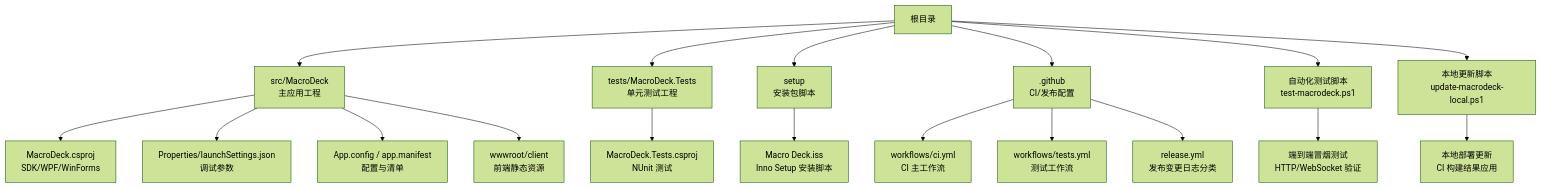
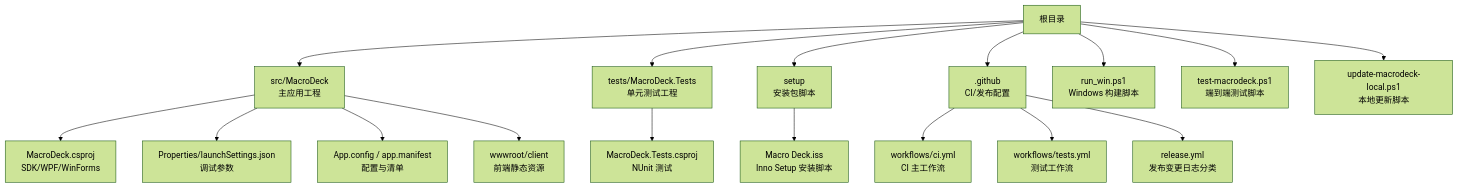
One commit to tea4go/Macro-Deck changed the first of 7 diagrams in .qoder/repowiki/zh/content/开发者指南/构建和部署.md. Above: the diagram before and after it, drawn with Mermaid (forest theme). The commit also changed other lines of this file and 42 other files, not shown here.

````diff
--- a/.qoder/repowiki/zh/content/开发者指南/构建和部署.md
+++ b/.qoder/repowiki/zh/content/开发者指南/构建和部署.md
@@ -59,20 +58,19 @@
 ```mermaid
 graph TB
 A["根目录"] --> B["src/MacroDeck<br/>主应用工程"]
 A --> C["tests/MacroDeck.Tests<br/>单元测试工程"]
 A --> D["setup<br/>安装包脚本"]
 A --> E[".github<br/>CI/发布配置"]
-A --> F["自动化测试脚本<br/>test-macrodeck.ps1"]
-A --> G["本地更新脚本<br/>update-macrodeck-local.ps1"]
+A --> F["run_win.ps1<br/>Windows 构建脚本"]
+A --> G["test-macrodeck.ps1<br/>端到端测试脚本"]
+A --> H["update-macrodeck-local.ps1<br/>本地更新脚本"]
 B --> B1["MacroDeck.csproj<br/>SDK/WPF/WinForms"]
 B --> B2["Properties/launchSettings.json<br/>调试参数"]
 B --> B3["App.config / app.manifest<br/>配置与清单"]
 B --> B4["wwwroot/client<br/>前端静态资源"]
 C --> C1["MacroDeck.Tests.csproj<br/>NUnit 测试"]
 D --> D1["Macro Deck.iss<br/>Inno Setup 安装脚本"]
 E --> E1["workflows/ci.yml<br/>CI 主工作流"]
 E --> E2["workflows/tests.yml<br/>测试工作流"]
 E --> E3["release.yml<br/>发布变更日志分类"]
-F --> F1["端到端冒烟测试<br/>HTTP/WebSocket 验证"]
-G --> G1["本地部署更新<br/>CI 构建结果应用"]
 ```
````
